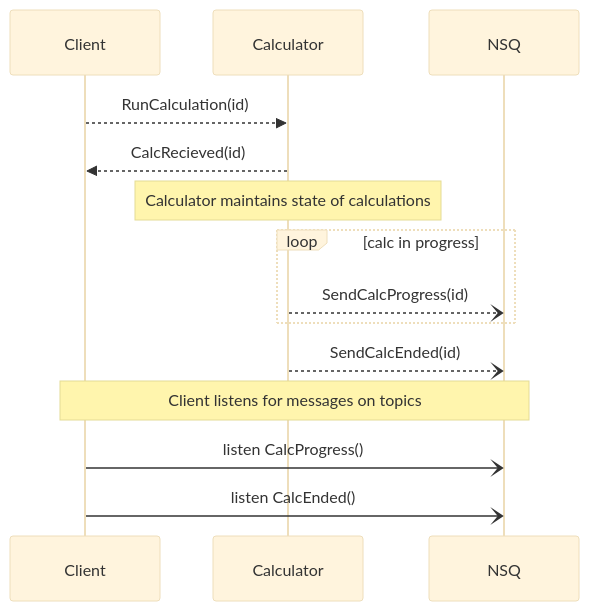
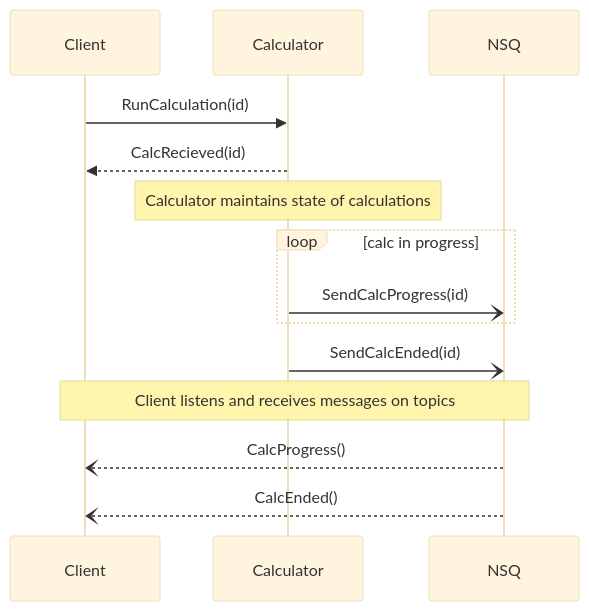
The second of 4 diagrams in README.md (mortenskoett/calculator-madness), drawn with Mermaid (base theme) before and after one commit. The commit also changed other lines of this file, not shown here.

Commit message:
Draw diagram of concurrent calculator event handling

````diff
--- a/README.md
+++ b/README.md
@@ -64,21 +64,21 @@
 ```mermaid
 sequenceDiagram
     participant cli as Client
     participant cal as Calculator
     participant nsq as NSQ
 
-    cli-->>cal: RunCalculation(id)
+    cli->>cal: RunCalculation(id)
     cal-->>cli: CalcRecieved(id)
     Note over cal: Calculator maintains state of calculations
 
     %%cal--)nsq: SendCalcStarted(id)
     loop calc in progress
-        cal--)nsq: SendCalcProgress(id)
+        cal-)nsq: SendCalcProgress(id)
     end
-    cal--)nsq: SendCalcEnded(id)
+    cal-)nsq: SendCalcEnded(id)
 
-    Note over nsq, cli: Client listens for messages on topics
+    Note over nsq, cli: Client listens and receives messages on topics
 
-    cli-)nsq: listen CalcProgress()
-    cli-)nsq: listen CalcEnded()
+    nsq--)cli: CalcProgress()
+    nsq--)cli: CalcEnded()
 ```
````
